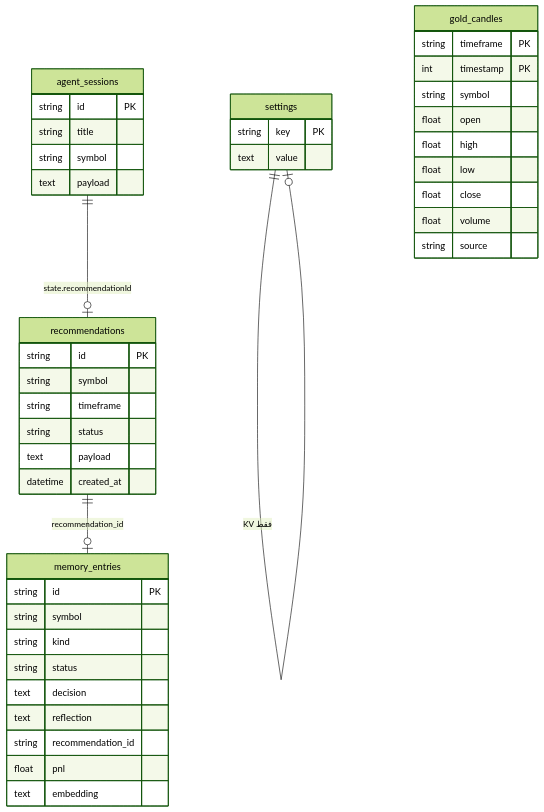
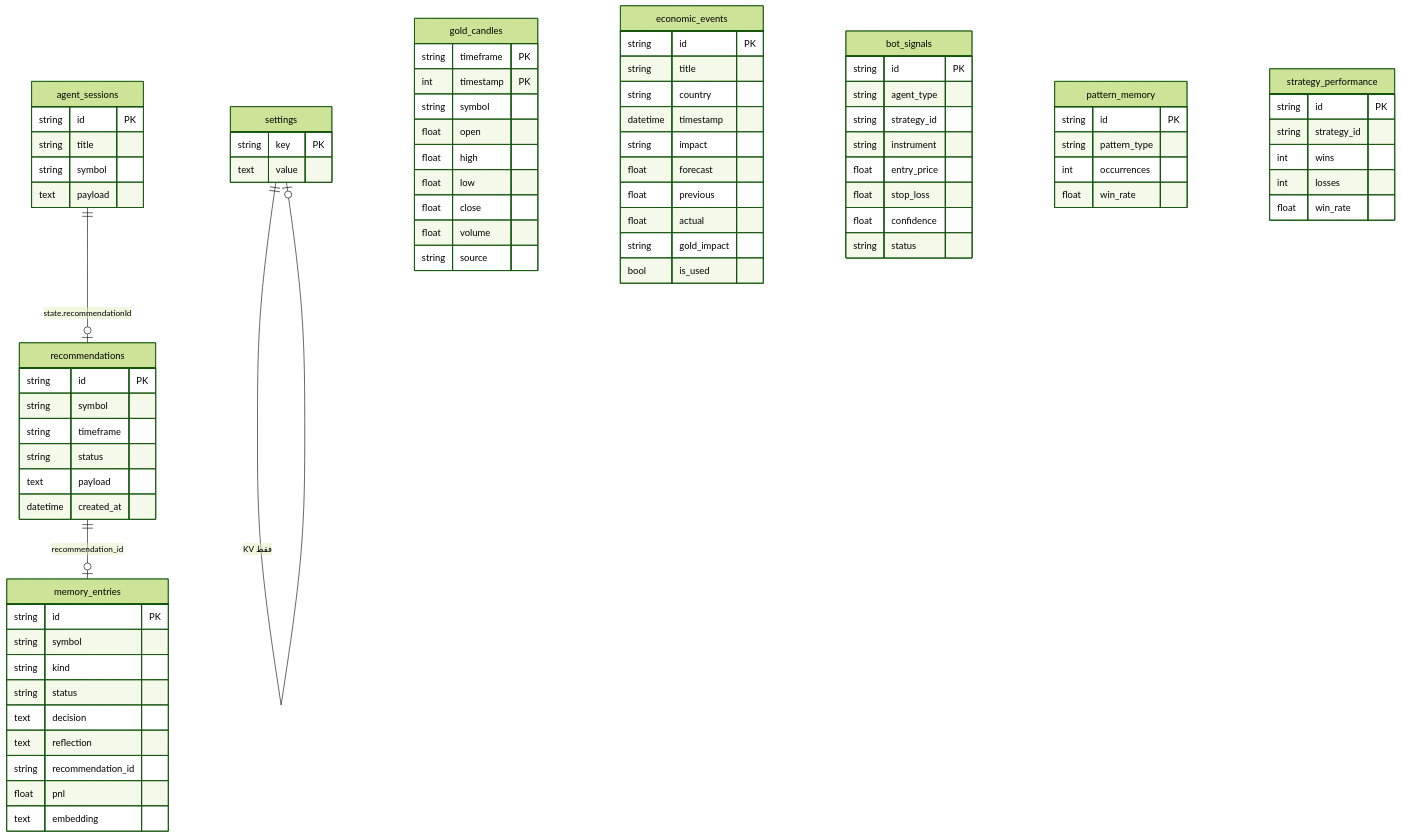
The fourth of 4 diagrams in docs/FOXAGENT_REFERENCE_AR.md (loorksy/foxagent), drawn with Mermaid (forest theme) before and after one commit. The commit also changed other lines of this file and 44 other files, not shown here.

First line of the commit message:
feat: add USD economic calendar and gold-only signal bot

````diff
--- a/docs/FOXAGENT_REFERENCE_AR.md
+++ b/docs/FOXAGENT_REFERENCE_AR.md
@@ -539,47 +574,82 @@
 ```mermaid
 erDiagram
   recommendations ||--o| memory_entries : "recommendation_id"
   agent_sessions ||--o| recommendations : "state.recommendationId"
   settings ||--o| settings : "KV فقط"
 
   recommendations {
     string id PK
     string symbol
     string timeframe
     string status
     text payload
     datetime created_at
   }
   memory_entries {
     string id PK
     string symbol
     string kind
     string status
     text decision
     text reflection
     string recommendation_id
     float pnl
     text embedding
   }
   agent_sessions {
     string id PK
     string title
     string symbol
     text payload
   }
   settings {
     string key PK
     text value
   }
   gold_candles {
     string timeframe PK
     int timestamp PK
     string symbol
     float open
     float high
     float low
     float close
     float volume
     string source
   }
+  economic_events {
+    string id PK
+    string title
+    string country
+    datetime timestamp
+    string impact
+    float forecast
+    float previous
+    float actual
+    string gold_impact
+    bool is_used
+  }
+  bot_signals {
+    string id PK
+    string agent_type
+    string strategy_id
+    string instrument
+    float entry_price
+    float stop_loss
+    float confidence
+    string status
+  }
+  pattern_memory {
+    string id PK
+    string pattern_type
+    int occurrences
+    float win_rate
+  }
+  strategy_performance {
+    string id PK
+    string strategy_id
+    int wins
+    int losses
+    float win_rate
+  }
 ```
````
